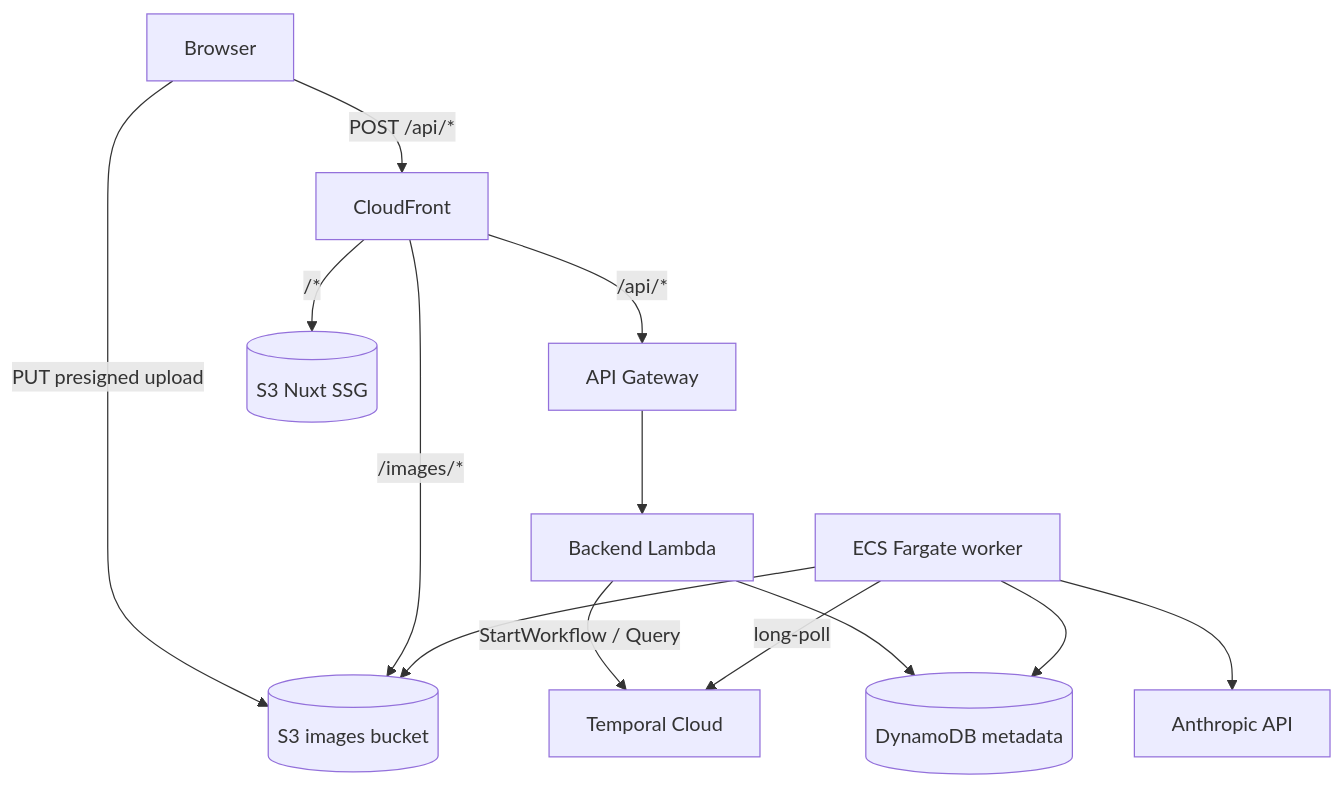
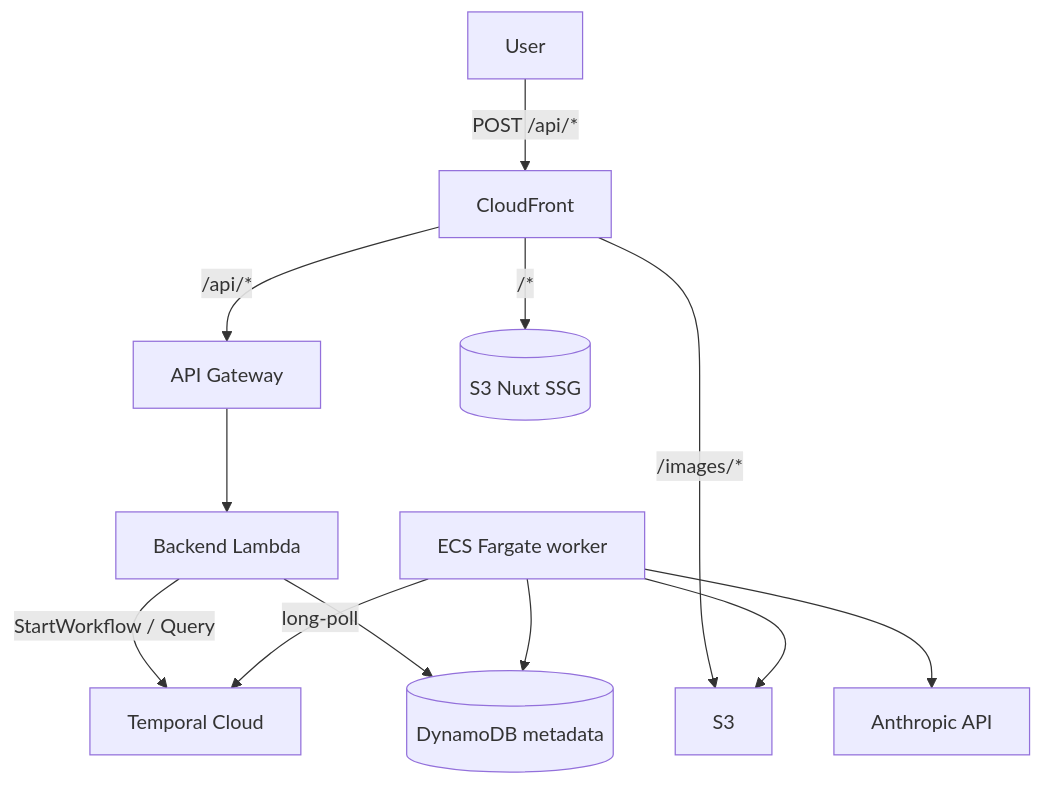
One commit to alexandreroman/aws-image-processing-demo changed the first of 2 diagrams in README.md. Above: the diagram before and after it, drawn with Mermaid. The commit also changed 32 other files, not shown here.

````diff
--- a/README.md
+++ b/README.md
@@ -206,15 +206,14 @@
 ```mermaid
 graph TD
-    User[Browser] -->|PUT presigned upload| S3[(S3 images bucket)]
     User -->|POST /api/*| CF[CloudFront]
     CF -->|/api/*| APIGW[API Gateway]
     APIGW --> BE[Backend Lambda]
     CF -->|/images/*| S3
     CF -->|/*| FE[(S3 Nuxt SSG)]
     BE -->|StartWorkflow / Query| TC[Temporal Cloud]
     BE --> DDB[(DynamoDB metadata)]
     Worker[ECS Fargate worker] -->|long-poll| TC
     Worker --> S3
     Worker --> DDB
     Worker --> Anthropic[Anthropic API]
 ```
````
